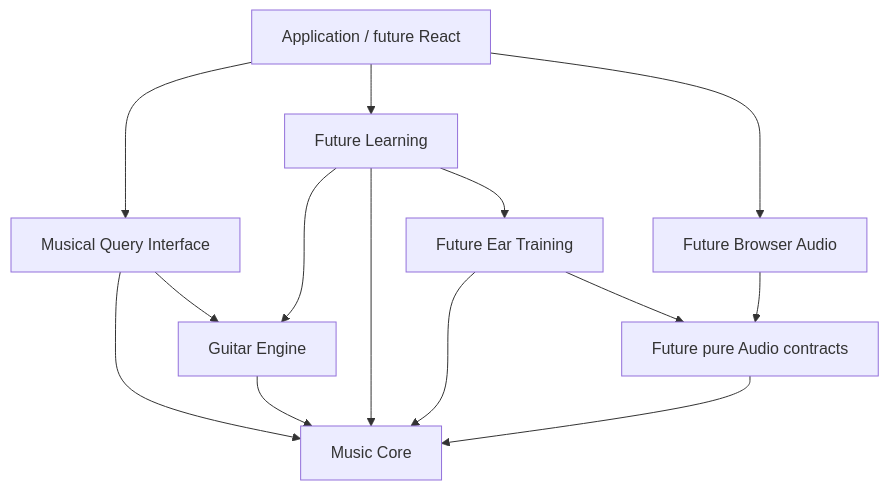
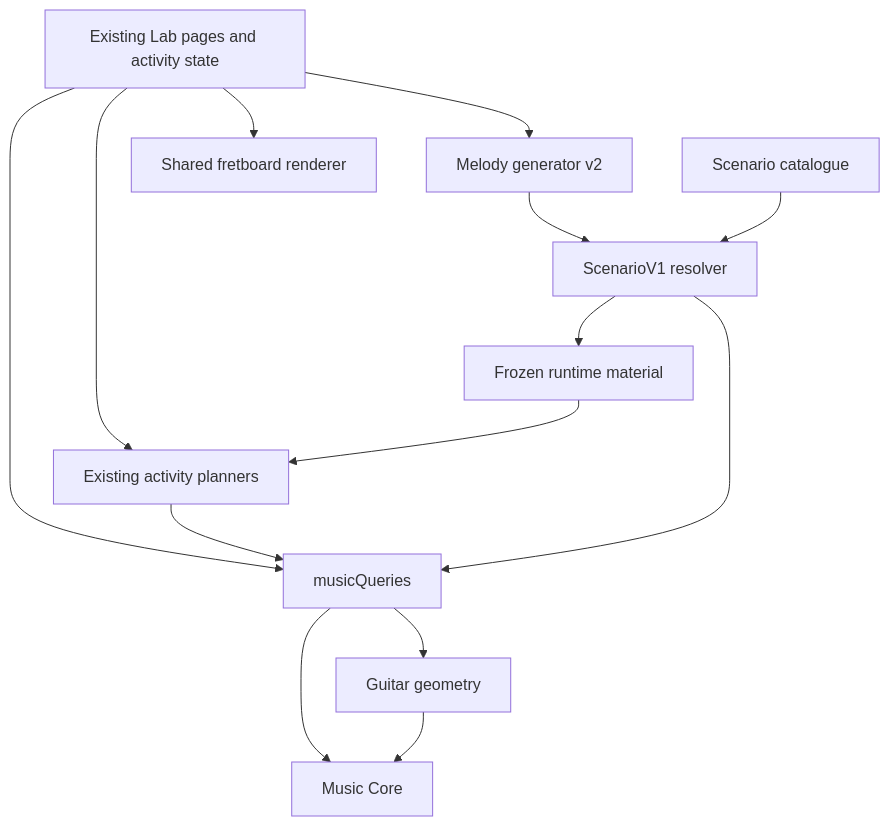
Before and after one commit to ArunPrakash2901/guitar-explorer: the first of 2 diagrams in docs/ARCHITECTURE.md, drawn with Mermaid. The commit also changed other lines of this file and 10 other files, not shown here.

````diff
--- a/docs/ARCHITECTURE.md
+++ b/docs/ARCHITECTURE.md
@@ -10,16 +84,16 @@
 ```mermaid
 flowchart TD
-  App[Application / future React] --> Query[Musical Query Interface]
-  App --> Learning[Future Learning]
-  App --> Runtime[Future Browser Audio]
+  Pages[Existing Lab pages and activity state] --> Query[musicQueries]
   Query --> Core[Music Core]
-  Query --> Guitar[Guitar Engine]
+  Query --> Guitar[Guitar geometry]
   Guitar --> Core
-  Learning --> Core
-  Learning --> Ear[Future Ear Training]
-  Learning --> Guitar
-  Ear --> Core
-  Ear --> Plans[Future pure Audio contracts]
-  Runtime --> Plans
-  Plans --> Core
+  Pages --> Planner[Existing activity planners]
+  Planner --> Query
+  Pages --> Generator[Melody generator v2]
+  Generator --> Resolver[ScenarioV1 resolver]
+  Catalogue[Scenario catalogue] --> Resolver
+  Resolver --> Query
+  Resolver --> Material[Frozen runtime material]
+  Material --> Planner
+  Pages --> View[Shared fretboard renderer]
 ```
````
